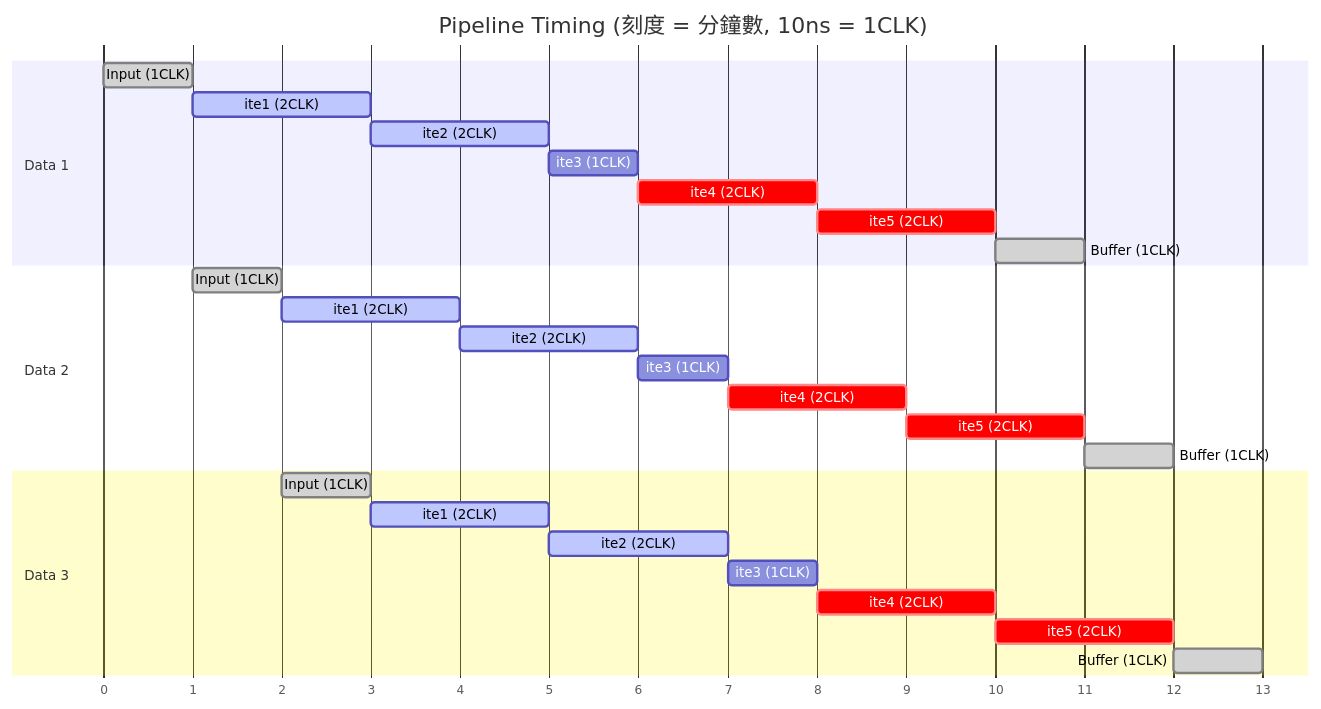
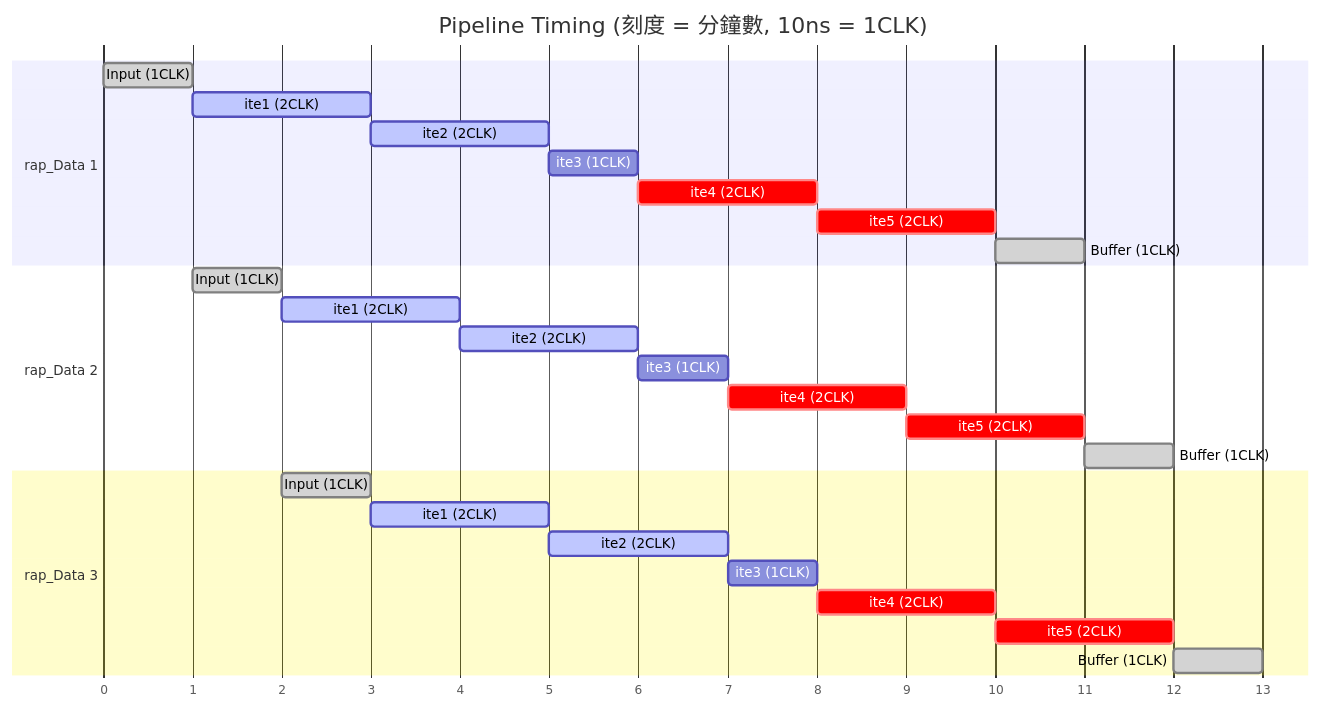
The eighth of 11 diagrams in Car.md (weifoe/vitis), drawn with Mermaid before and after one commit.

````diff
--- a/Car.md
+++ b/Car.md
@@ -353,45 +353,45 @@
 ```mermaid
 
 gantt
     title Pipeline Timing (刻度 = 分鐘數, 10ns = 1CLK)
     
     %% 1. 設定時間格式為「小時:分鐘」
     dateFormat  HH:mm
     
     %% 2. 設定軸線只顯示「分鐘數 (不補0)」
     %% 如果你的編輯器不支援 %-M，請改回 %M (會顯示 00, 01, 02...)
     axisFormat  %-M
     
     %% 3. 強制 X 軸從 00:00 開始
     %% 所有的長度單位都改用 "m" (分鐘)
     
-    section Data 1
+    section rap_Data 1
     Input (1CLK)      :done,    d1_in, 00:00, 1m
     ite1 (2CLK)         :active,  d1_s1, after d1_in, 2m
     ite2 (2CLK)         :active,  d1_s2, after d1_s1, 2m
     ite3 (1CLK)         :         d1_s3, after d1_s2, 1m
     ite4 (2CLK)         :crit,    d1_s4, after d1_s3, 2m
     ite5 (2CLK)         :crit,    d1_s5, after d1_s4, 2m
     Buffer (1CLK)     :done,    d1_buf, after d1_s5, 1m
 
-    section Data 2
+    section rap_Data 2
     %% II=2，所以從 00:02 開始
     Input (1CLK)      :done,    d2_in, 00:01, 1m
     ite1 (2CLK)         :active,  d2_s1, after d2_in, 2m
     ite2 (2CLK)         :active,  d2_s2, after d2_s1, 2m
     ite3 (1CLK)         :         d2_s3, after d2_s2, 1m
     ite4 (2CLK)         :crit,    d2_s4, after d2_s3, 2m
     ite5 (2CLK)         :crit,    d2_s5, after d2_s4, 2m
     Buffer (1CLK)     :done,    d2_buf, after d2_s5, 1m
 
-    section Data 3
+    section rap_Data 3
     %% II=2，所以從 00:04 開始
     Input (1CLK)      :done,    d3_in, 00:02, 1m
     ite1 (2CLK)         :active,  d3_s1, after d3_in, 2m
     ite2 (2CLK)         :active,  d3_s2, after d3_s1, 2m
     ite3 (1CLK)         :         d3_s3, after d3_s2, 1m
     ite4 (2CLK)         :crit,    d3_s4, after d3_s3, 2m
     ite5 (2CLK)         :crit,    d3_s5, after d3_s4, 2m
     Buffer (1CLK)     :done,    d3_buf, after d3_s5, 1m
 
 ```
````
